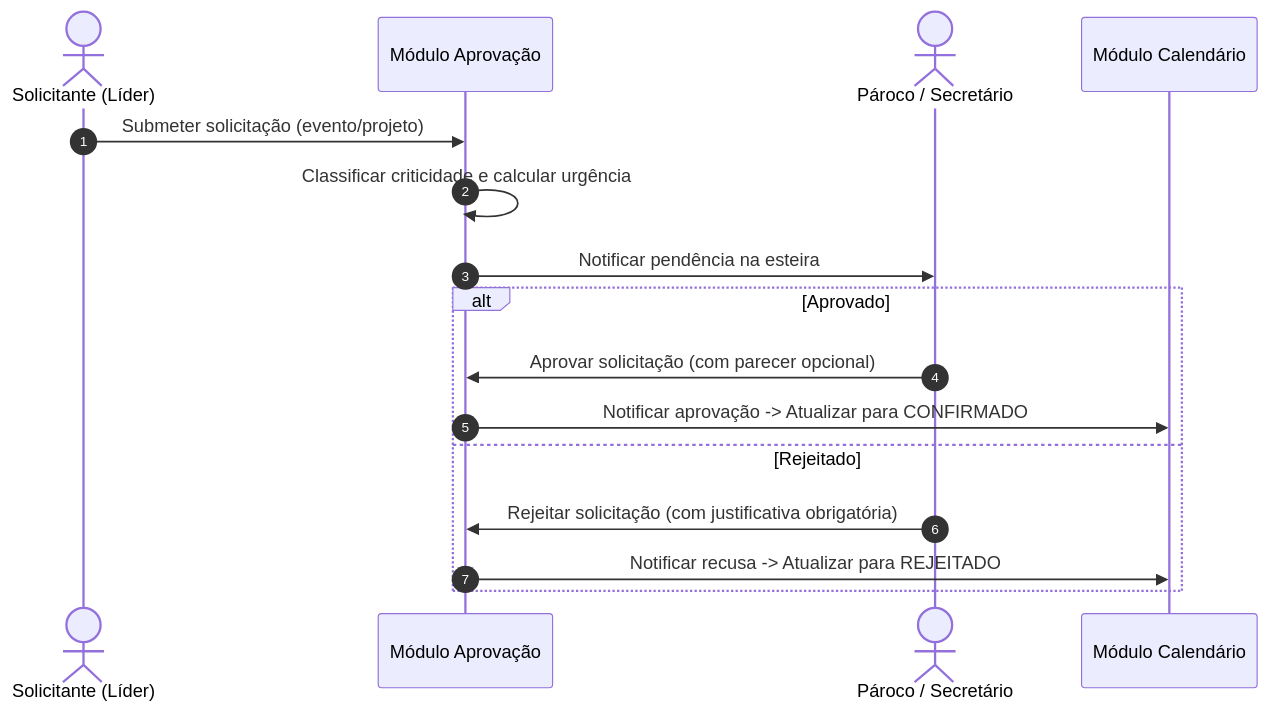
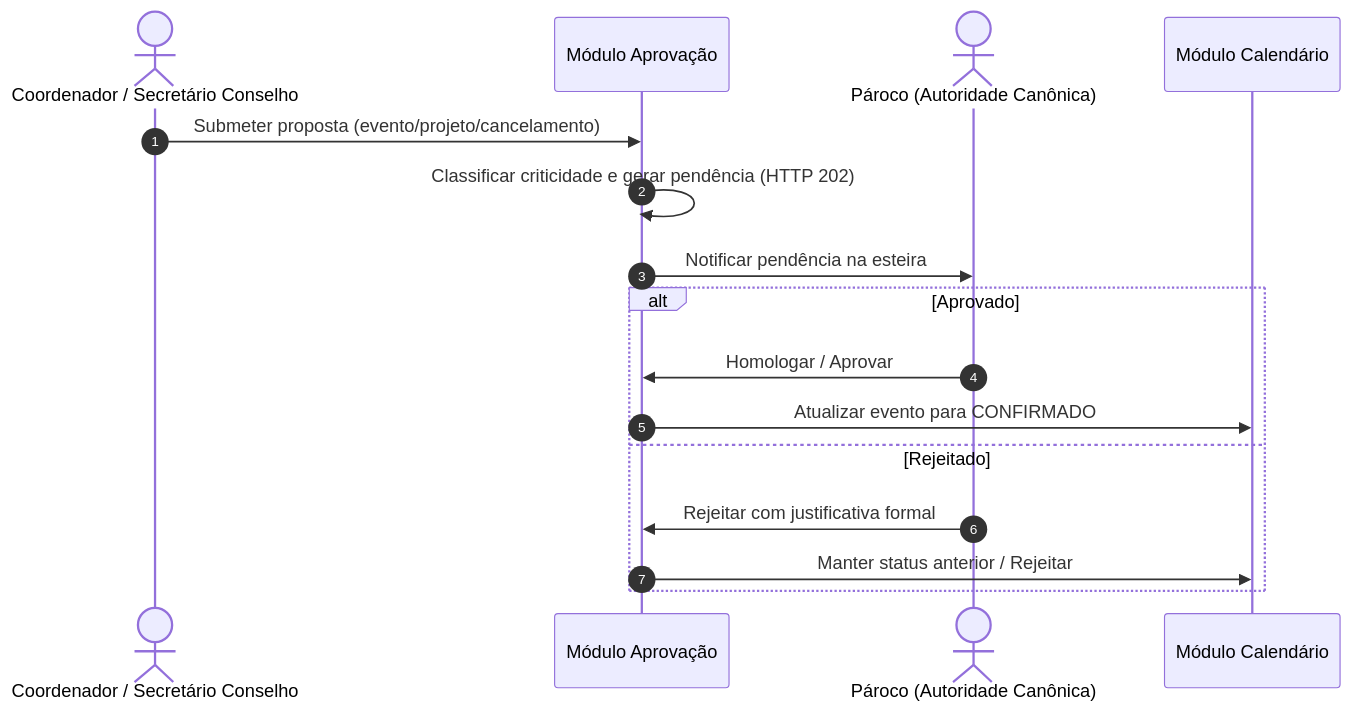
Before and after one commit to BrunoLV/paroquia: the diagram in docs/business-rules/aprovacao.md, drawn with Mermaid. The commit also changed other lines of this file and 70 other files, not shown here.

````diff
--- a/docs/business-rules/aprovacao.md
+++ b/docs/business-rules/aprovacao.md
@@ -40,19 +37,19 @@
 ```mermaid
 sequenceDiagram
     autonumber
-    actor Solicitante as Solicitante (Líder)
+    actor Propositor as Coordenador / Secretário Conselho
     participant Modulo as Módulo Aprovação
-    actor Aprovador as Pároco / Secretário
+    actor Paroco as Pároco (Autoridade Canônica)
     participant Evento as Módulo Calendário
 
-    Solicitante->>Modulo: Submeter solicitação (evento/projeto)
-    Modulo->>Modulo: Classificar criticidade e calcular urgência
-    Modulo->>Aprovador: Notificar pendência na esteira
+    Propositor->>Modulo: Submeter proposta (evento/projeto/cancelamento)
+    Modulo->>Modulo: Classificar criticidade e gerar pendência (HTTP 202)
+    Modulo->>Paroco: Notificar pendência na esteira
     alt Aprovado
-        Aprovador->>Modulo: Aprovar solicitação (com parecer opcional)
-        Modulo->>Evento: Notificar aprovação -> Atualizar para CONFIRMADO
+        Paroco->>Modulo: Homologar / Aprovar
+        Modulo->>Evento: Atualizar evento para CONFIRMADO
     else Rejeitado
-        Aprovador->>Modulo: Rejeitar solicitação (com justificativa obrigatória)
-        Modulo->>Evento: Notificar recusa -> Atualizar para REJEITADO
+        Paroco->>Modulo: Rejeitar com justificativa formal
+        Modulo->>Evento: Manter status anterior / Rejeitar
     end
 ```
````
